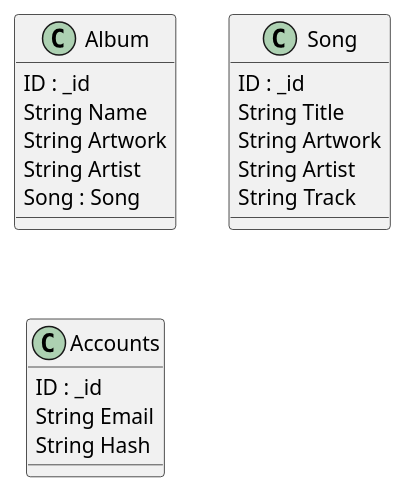
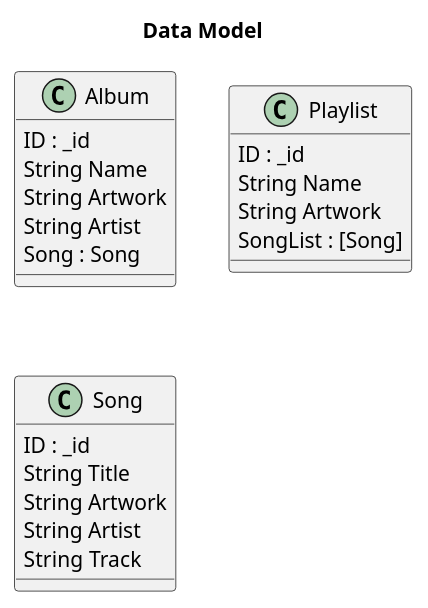
Before and after one commit to OJPARKINSON/Music-Player: the diagram in Documentation/Data-models.plantuml, drawn with PlantUML. The commit also changed 2 other files, not shown here.

Commit message:
sequence diagram added

```diff
--- a/Documentation/Data-models.plantuml
+++ b/Documentation/Data-models.plantuml
@@ -1,25 +1,27 @@
 @startuml
+title Data Model
 
 class Album {
     ID : _id
     String Name
     String Artwork
     String Artist
     Song : Song
+}
+
+class Playlist {
+    ID : _id
+    String Name
+    String Artwork
+    SongList : [Song]
 }
 
 class Song {
     ID : _id
     String Title
     String Artwork
     String Artist
     String Track
 }
 
-class Accounts {
-    ID : _id
-    String Email
-    String Hash
-}
-
 @enduml
```
